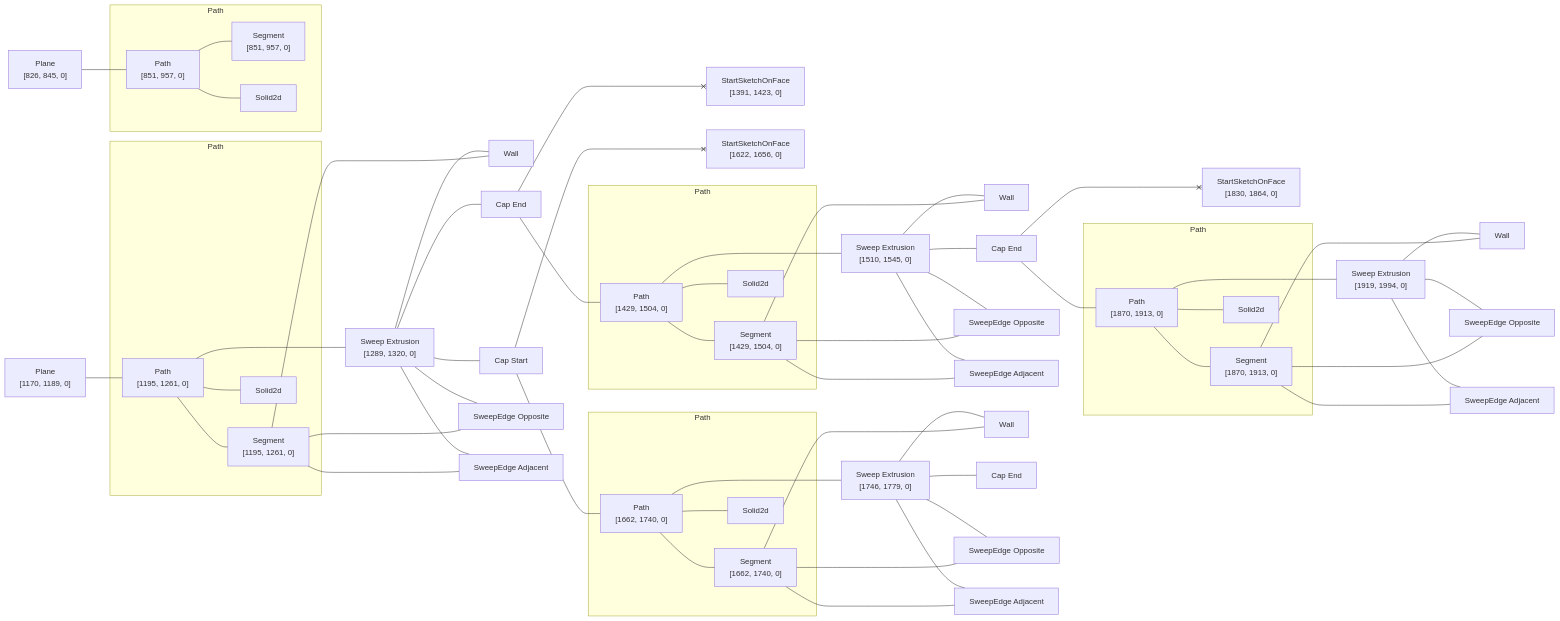
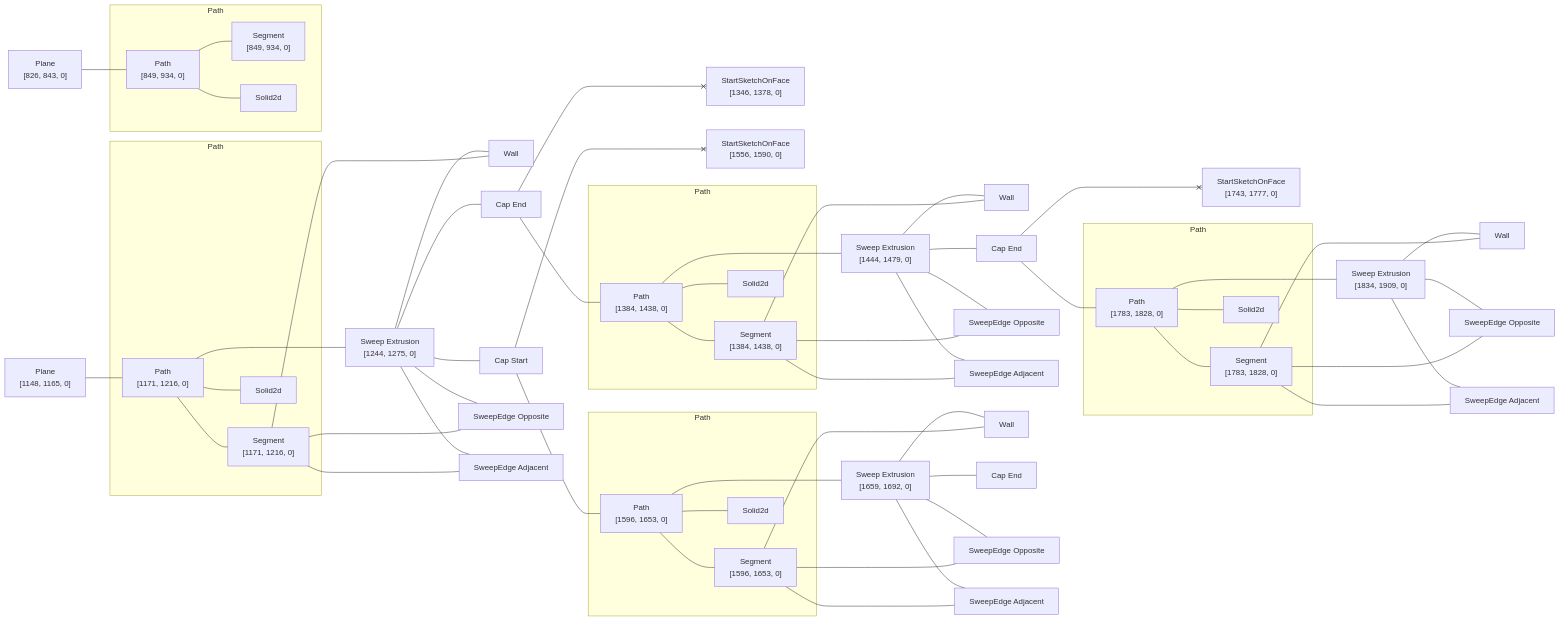
The diagram in rust/kcl-lib/tests/kcl_samples/flange/artifact_graph_flowchart.snap.md (KittyCAD/modeling-app), drawn with Mermaid before and after one commit. The commit also changed 134 other files, not shown here.

````diff
--- a/rust/kcl-lib/tests/kcl_samples/flange/artifact_graph_flowchart.snap.md
+++ b/rust/kcl-lib/tests/kcl_samples/flange/artifact_graph_flowchart.snap.md
@@ -1,55 +1,55 @@
 ```mermaid
 flowchart LR
   subgraph path2 [Path]
-    2["Path<br>[851, 957, 0]"]
-    3["Segment<br>[851, 957, 0]"]
+    2["Path<br>[849, 934, 0]"]
+    3["Segment<br>[849, 934, 0]"]
     4[Solid2d]
   end
   subgraph path6 [Path]
-    6["Path<br>[1195, 1261, 0]"]
-    7["Segment<br>[1195, 1261, 0]"]
+    6["Path<br>[1171, 1216, 0]"]
+    7["Segment<br>[1171, 1216, 0]"]
     8[Solid2d]
   end
   subgraph path15 [Path]
-    15["Path<br>[1429, 1504, 0]"]
-    16["Segment<br>[1429, 1504, 0]"]
+    15["Path<br>[1384, 1438, 0]"]
+    16["Segment<br>[1384, 1438, 0]"]
     17[Solid2d]
   end
   subgraph path23 [Path]
-    23["Path<br>[1662, 1740, 0]"]
-    24["Segment<br>[1662, 1740, 0]"]
+    23["Path<br>[1596, 1653, 0]"]
+    24["Segment<br>[1596, 1653, 0]"]
     25[Solid2d]
   end
   subgraph path31 [Path]
-    31["Path<br>[1870, 1913, 0]"]
-    32["Segment<br>[1870, 1913, 0]"]
+    31["Path<br>[1783, 1828, 0]"]
+    32["Segment<br>[1783, 1828, 0]"]
     33[Solid2d]
   end
-  1["Plane<br>[826, 845, 0]"]
-  5["Plane<br>[1170, 1189, 0]"]
-  9["Sweep Extrusion<br>[1289, 1320, 0]"]
+  1["Plane<br>[826, 843, 0]"]
+  5["Plane<br>[1148, 1165, 0]"]
+  9["Sweep Extrusion<br>[1244, 1275, 0]"]
   10[Wall]
   11["Cap Start"]
   12["Cap End"]
   13["SweepEdge Opposite"]
   14["SweepEdge Adjacent"]
-  18["Sweep Extrusion<br>[1510, 1545, 0]"]
+  18["Sweep Extrusion<br>[1444, 1479, 0]"]
   19[Wall]
   20["Cap End"]
   21["SweepEdge Opposite"]
   22["SweepEdge Adjacent"]
-  26["Sweep Extrusion<br>[1746, 1779, 0]"]
+  26["Sweep Extrusion<br>[1659, 1692, 0]"]
   27[Wall]
   28["Cap End"]
   29["SweepEdge Opposite"]
   30["SweepEdge Adjacent"]
-  34["Sweep Extrusion<br>[1919, 1994, 0]"]
+  34["Sweep Extrusion<br>[1834, 1909, 0]"]
   35[Wall]
   36["SweepEdge Opposite"]
   37["SweepEdge Adjacent"]
-  38["StartSketchOnFace<br>[1391, 1423, 0]"]
-  39["StartSketchOnFace<br>[1622, 1656, 0]"]
-  40["StartSketchOnFace<br>[1830, 1864, 0]"]
+  38["StartSketchOnFace<br>[1346, 1378, 0]"]
+  39["StartSketchOnFace<br>[1556, 1590, 0]"]
+  40["StartSketchOnFace<br>[1743, 1777, 0]"]
   1 --- 2
   2 --- 3
   2 --- 4
````
